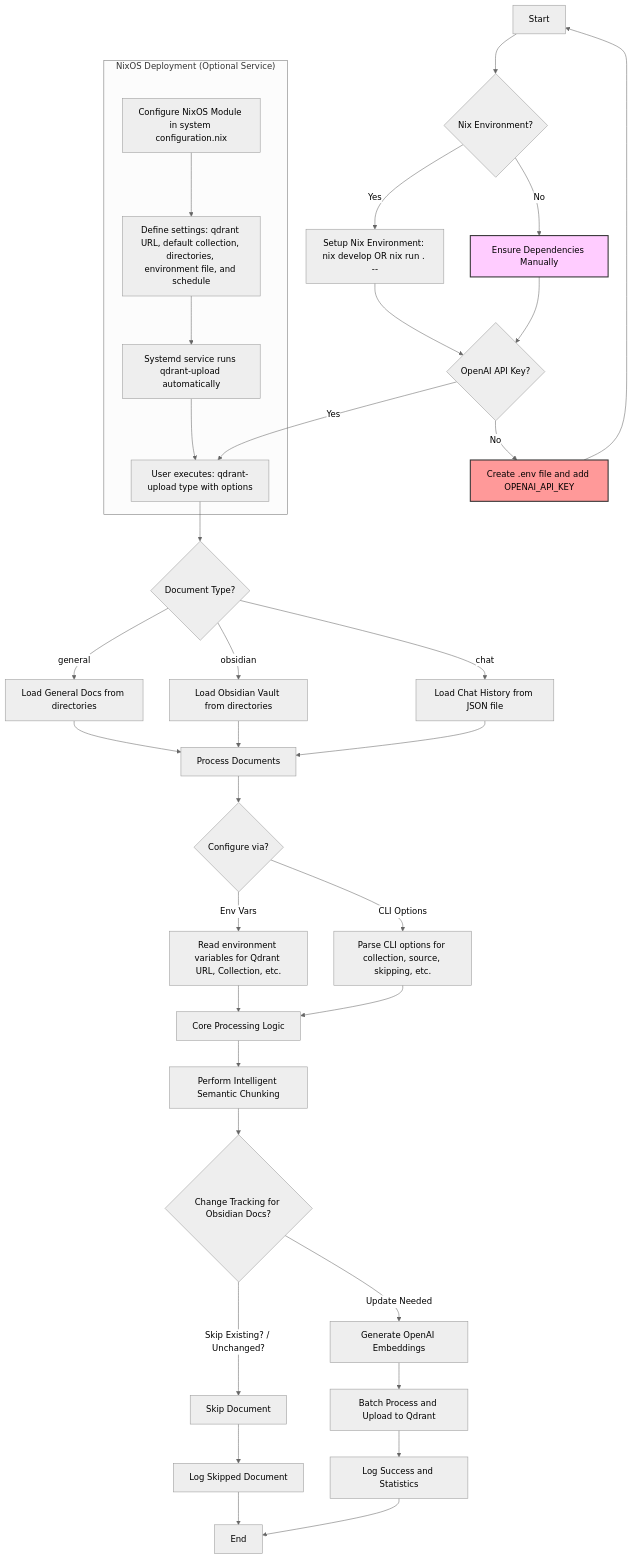
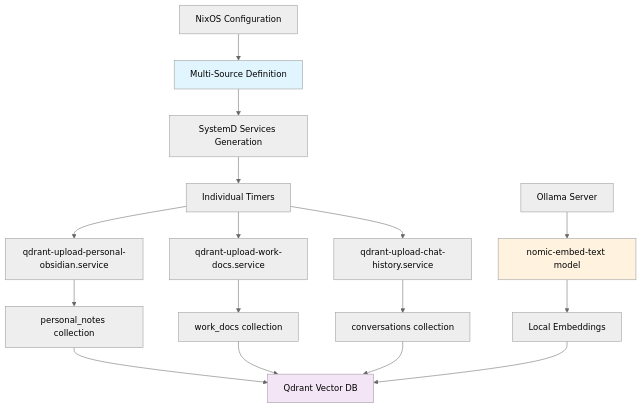
The diagram in README.md (Cody-W-Tucker/qdrant-upload), drawn with Mermaid before and after one commit. The commit also changed other lines of this file and 3 other files, not shown here.

````diff
--- a/README.md
+++ b/README.md
@@ -7,42 +293,27 @@
 ```mermaid
 %%{init: { 'logLevel': 'debug', 'theme': 'neutral' } }%%
 graph TD
-    A[Start] --> B{Nix Environment?}
-    B -- Yes --> C[Setup Nix Environment: nix develop OR nix run . --]
-    B -- No --> B_ALT[Ensure Dependencies Manually]
-    C --> D{OpenAI API Key?}
-    B_ALT --> D
-    D -- Yes --> E[User executes: qdrant-upload type with options]
-    D -- No --> D_ERR[Create .env file and add OPENAI_API_KEY]
-    D_ERR --> A
-    E --> F{Document Type?}
-    F -- general --> G1[Load General Docs from directories]
-    F -- obsidian --> G2[Load Obsidian Vault from directories]
-    F -- chat --> G3[Load Chat History from JSON file]
-    G1 --> H[Process Documents]
-    G2 --> H
-    G3 --> H
-    H --> I{Configure via?}
-    I -- Env Vars --> J[Read environment variables for Qdrant URL, Collection, etc.]
-    I -- CLI Options --> K[Parse CLI options for collection, source, skipping, etc.]
-    J --> L[Core Processing Logic]
-    K --> L
-    L --> M[Perform Intelligent Semantic Chunking]
-    M --> N{Change Tracking for Obsidian Docs?}
-    N -- Skip Existing? / Unchanged? --> N_SKIP[Skip Document]
-    N -- Update Needed --> O[Generate OpenAI Embeddings]
-    O --> P[Batch Process and Upload to Qdrant]
-    N_SKIP --> P_END[Log Skipped Document]
-    P --> Q[Log Success and Statistics]
-    Q --> Z[End]
-    P_END --> Z
-
-    subgraph "NixOS Deployment (Optional Service)"
-        S1[Configure NixOS Module in system configuration.nix] --> S2[Define settings: qdrant URL, default collection, directories, environment file, and schedule]
-        S2 --> S3[Systemd service runs qdrant-upload automatically]
-        S3 --> E
-    end
-
-    style B_ALT fill:#ffccff,stroke:#333,stroke-width:2px
-    style D_ERR fill:#ff9999,stroke:#333,stroke-width:2px
+    A[NixOS Configuration] --> B[Multi-Source Definition]
+    B --> C[SystemD Services Generation]
+    C --> D[Individual Timers]
+    
+    D --> E1[qdrant-upload-personal-obsidian.service]
+    D --> E2[qdrant-upload-work-docs.service]  
+    D --> E3[qdrant-upload-chat-history.service]
+    
+    E1 --> F1[personal_notes collection]
+    E2 --> F2[work_docs collection]
+    E3 --> F3[conversations collection]
+    
+    F1 --> G[Qdrant Vector DB]
+    F2 --> G
+    F3 --> G
+    
+    H[Ollama Server] --> I[nomic-embed-text model]
+    I --> J[Local Embeddings]
+    J --> G
+    
+    style B fill:#e1f5fe
+    style G fill:#f3e5f5
+    style I fill:#fff3e0
 ```
````
